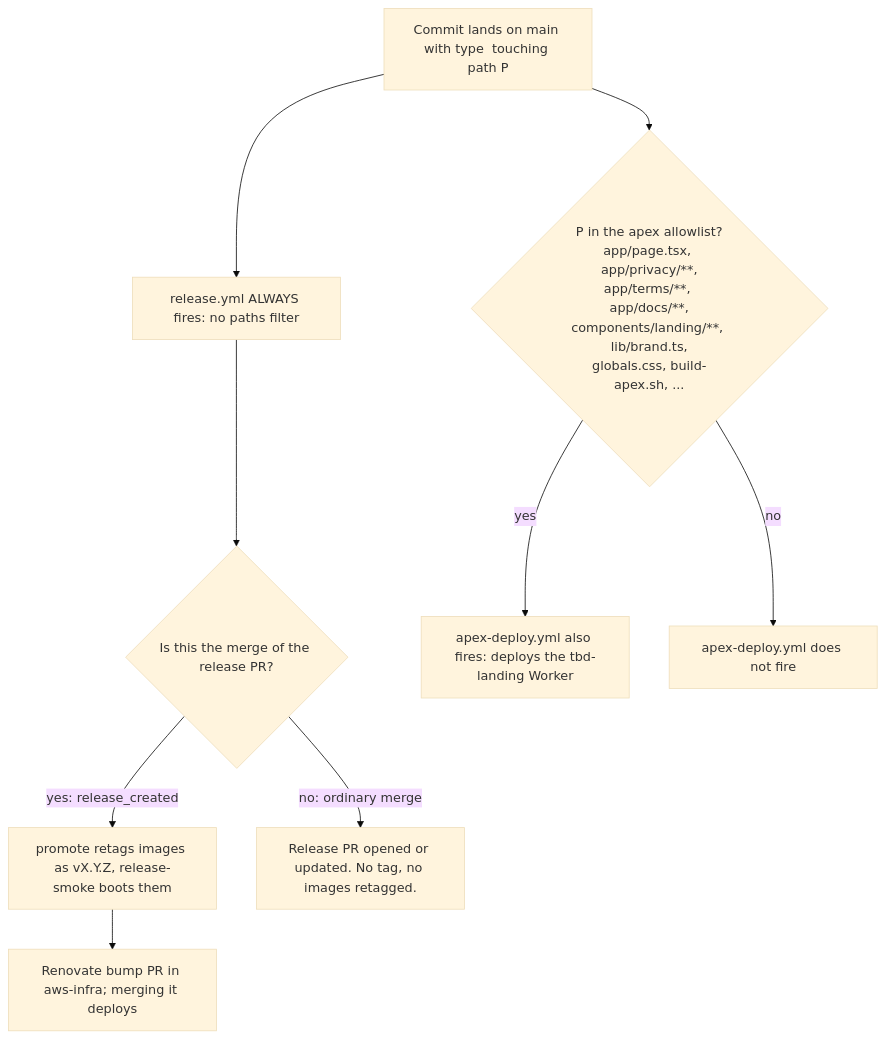
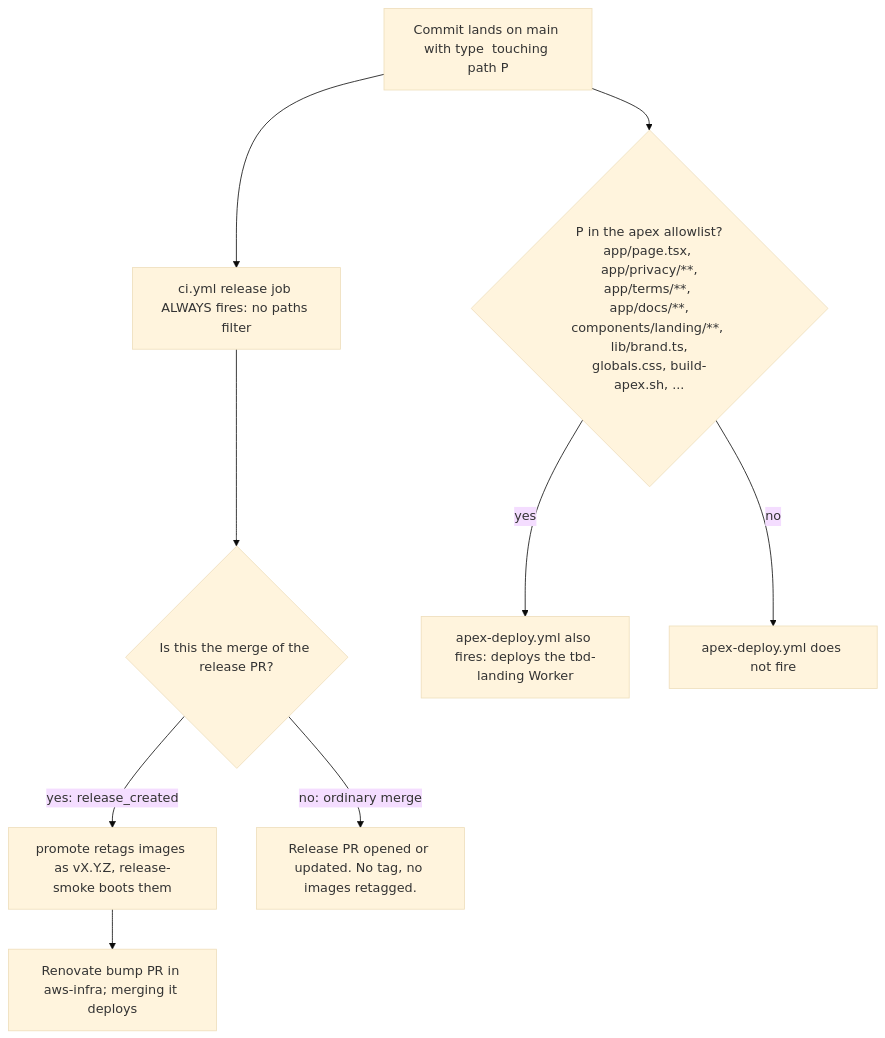
The fifth of 5 diagrams in docs/operations/DEPLOYMENT.md (fjcloudaiconsulting/tbd), drawn with Mermaid (base theme) before and after one commit. The commit also changed other lines of this file and 18 other files, not shown here.

````diff
--- a/docs/operations/DEPLOYMENT.md
+++ b/docs/operations/DEPLOYMENT.md
@@ -342,13 +336,13 @@
 ```mermaid
 flowchart TD
   start[Commit lands on main with type <type> touching path P]
-  start --> rel[release.yml ALWAYS fires: no paths filter]
+  start --> rel[ci.yml release job ALWAYS fires: no paths filter]
   rel --> semrel{Is this the merge of the release PR?}
   semrel -- "yes: release_created" --> promote[promote retags images as vX.Y.Z, release-smoke boots them]
   promote --> bump[Renovate bump PR in aws-infra; merging it deploys]
   semrel -- "no: ordinary merge" --> noship[Release PR opened or updated. No tag, no images retagged.]
 
   start --> apexq{P in the apex allowlist?<br/>app/page.tsx, app/privacy/**,<br/>app/terms/**, app/docs/**,<br/>components/landing/**, lib/brand.ts,<br/>globals.css, build-apex.sh, ...}
   apexq -- yes --> apex[apex-deploy.yml also fires: deploys the tbd-landing Worker]
   apexq -- no --> apexno[apex-deploy.yml does not fire]
 ```
````
